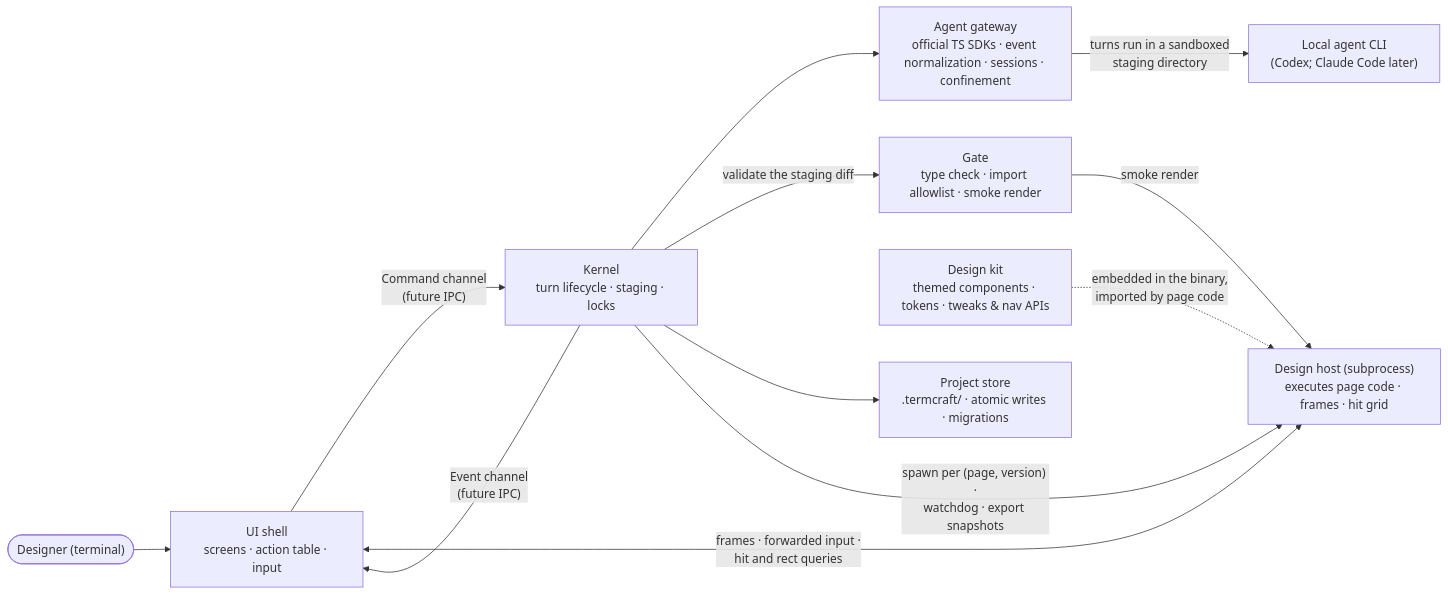
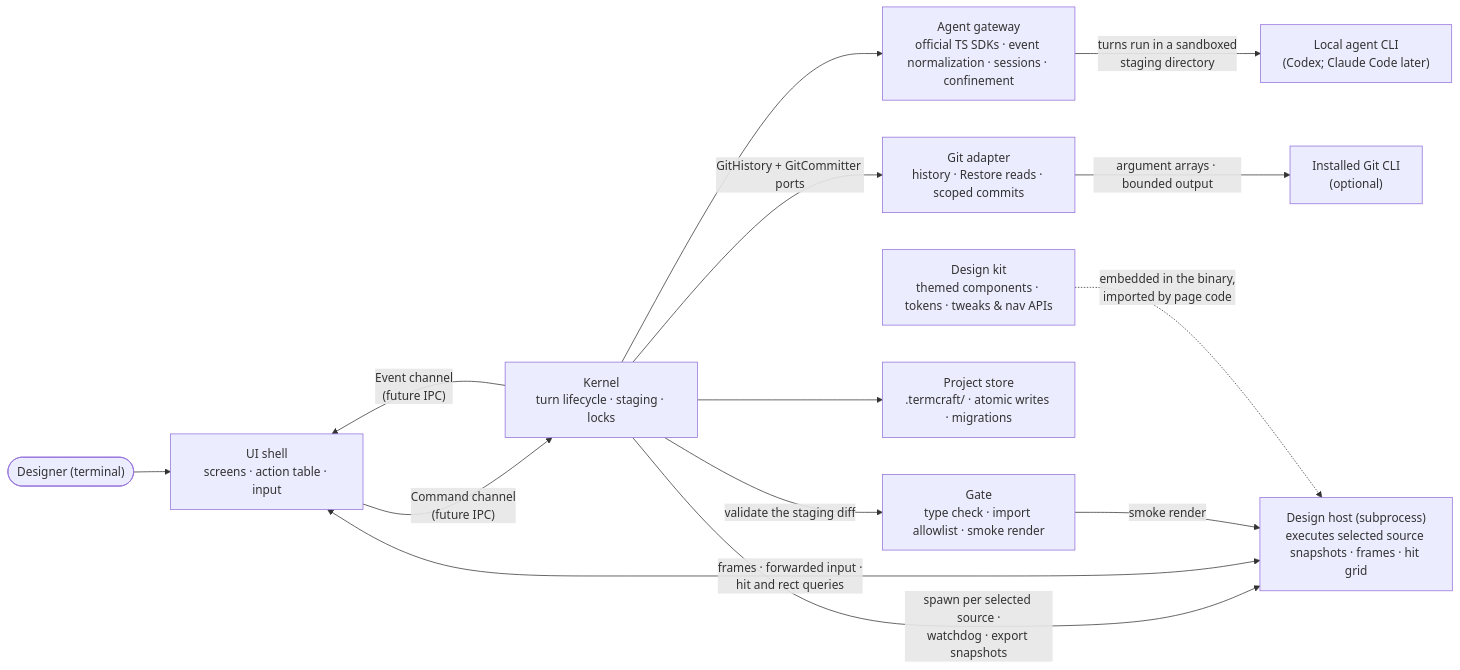
Before and after one commit to khmilevoi/termcraft: the diagram in docs/architecture/modules.md, drawn with Mermaid. The commit also changed other lines of this file and 3 other files, not shown here.

Commit message:
docs(architecture): add Git integration boundaries

````diff
--- a/docs/architecture/modules.md
+++ b/docs/architecture/modules.md
@@ -3,24 +3,28 @@
 ```mermaid
 flowchart LR
     designer(["Designer (terminal)"]) --> uishell
     cli["Local agent CLI<br/>(Codex; Claude Code later)"]
+    gitcli["Installed Git CLI<br/>(optional)"]
 
     uishell["UI shell<br/>screens · action table · input"]
     kernel["Kernel<br/>turn lifecycle · staging · locks"]
     gateway["Agent gateway<br/>official TS SDKs · event normalization · sessions · confinement"]
     gate["Gate<br/>type check · import allowlist · smoke render"]
     kit["Design kit<br/>themed components · tokens · tweaks & nav APIs"]
-    host["Design host (subprocess)<br/>executes page code · frames · hit grid"]
+    host["Design host (subprocess)<br/>executes selected source snapshots · frames · hit grid"]
     pstore["Project store<br/>.termcraft/ · atomic writes · migrations"]
+    gitadapter["Git adapter<br/>history · Restore reads · scoped commits"]
 
     uishell -- "Command channel<br/>(future IPC)" --> kernel
     kernel -- "Event channel<br/>(future IPC)" --> uishell
     kernel --> gateway
     gateway -- "turns run in a sandboxed<br/>staging directory" --> cli
     kernel -- "validate the staging diff" --> gate
     kernel --> pstore
-    kernel -- "spawn per (page, version) ·<br/>watchdog · export snapshots" --> host
+    kernel -- "GitHistory + GitCommitter ports" --> gitadapter
+    gitadapter -- "argument arrays · bounded output" --> gitcli
+    kernel -- "spawn per selected source ·<br/>watchdog · export snapshots" --> host
     uishell <-- "frames · forwarded input ·<br/>hit and rect queries" --> host
     gate -- "smoke render" --> host
     kit -. "embedded in the binary,<br/>imported by page code" .-> host
 ```
````
